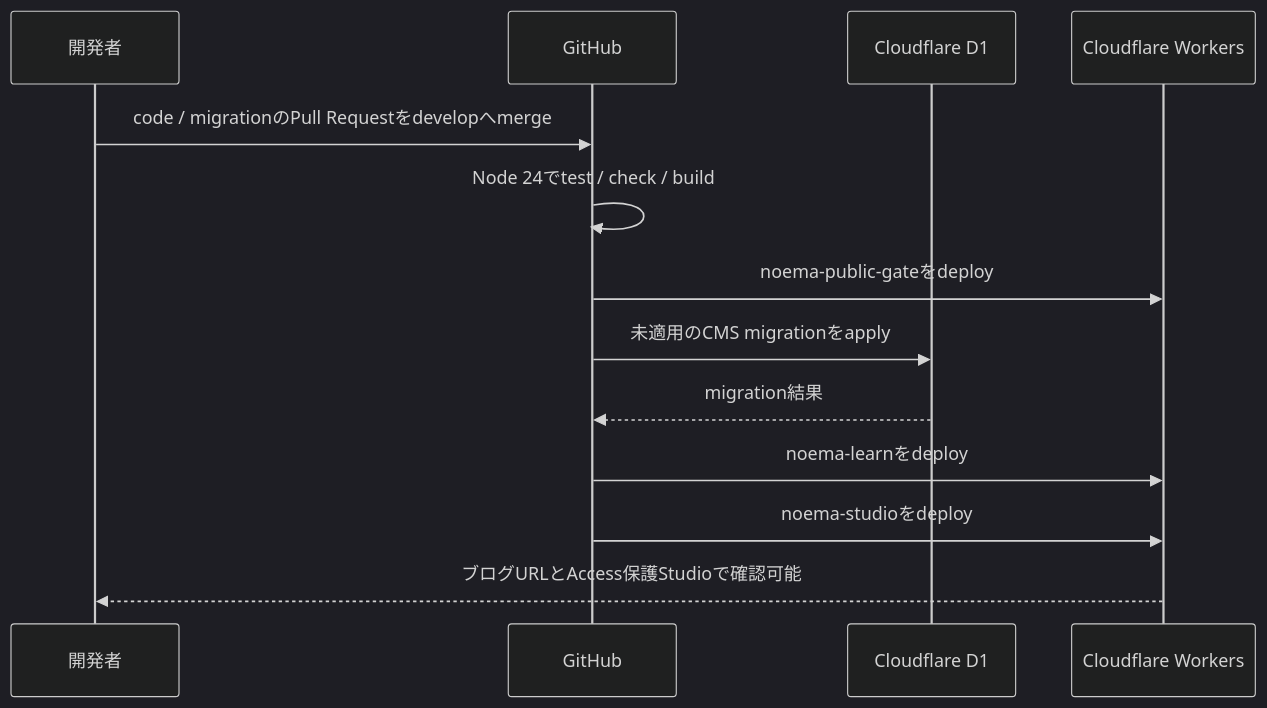
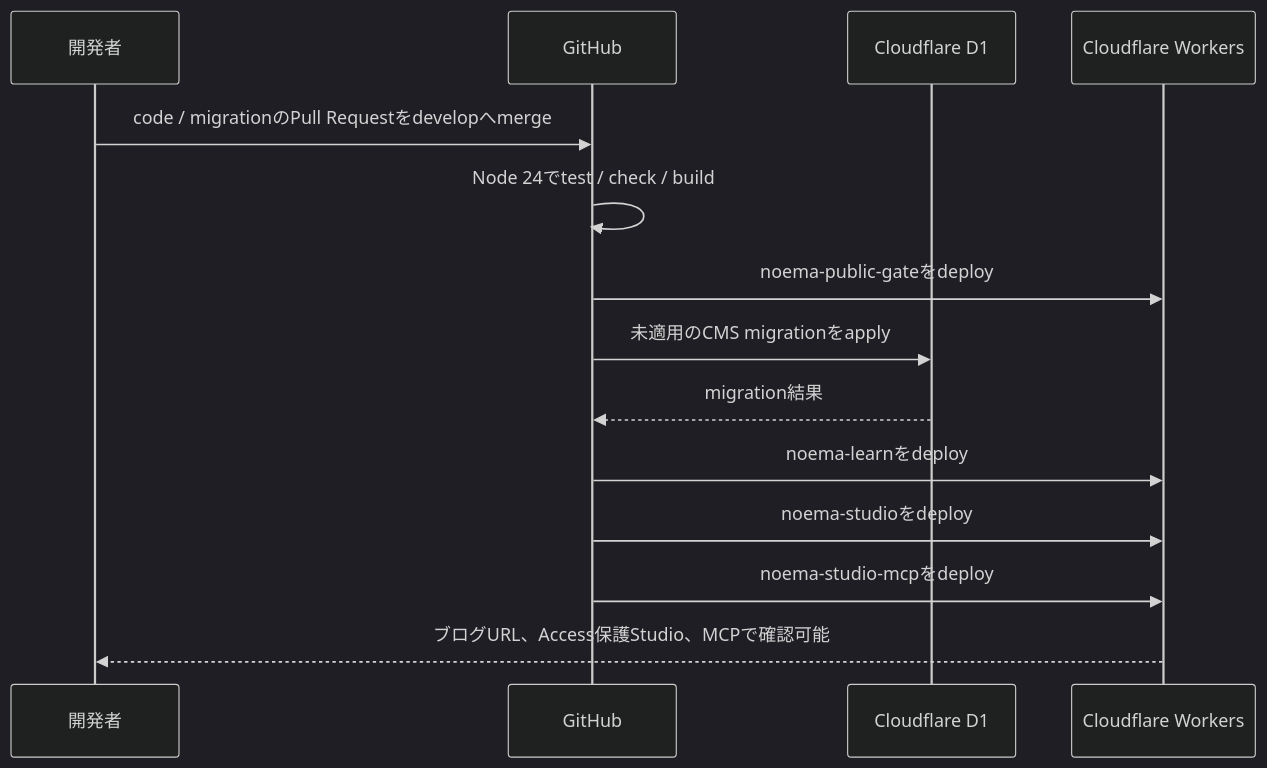
One commit to mani1261790/Noema changed the diagram in docs/development-deployment.md. Above: the diagram before and after it, drawn with Mermaid (dark theme). The commit also changed other lines of this file and 21 other files, not shown here.

````diff
--- a/docs/development-deployment.md
+++ b/docs/development-deployment.md
@@ -36,15 +37,16 @@
 ```mermaid
 sequenceDiagram
   participant Dev as 開発者
   participant GH as GitHub
   participant D1 as Cloudflare D1
   participant CF as Cloudflare Workers
   Dev->>GH: code / migrationのPull Requestをdevelopへmerge
   GH->>GH: Node 24でtest / check / build
   GH->>CF: noema-public-gateをdeploy
   GH->>D1: 未適用のCMS migrationをapply
   D1-->>GH: migration結果
   GH->>CF: noema-learnをdeploy
   GH->>CF: noema-studioをdeploy
-  CF-->>Dev: ブログURLとAccess保護Studioで確認可能
+  GH->>CF: noema-studio-mcpをdeploy
+  CF-->>Dev: ブログURL、Access保護Studio、MCPで確認可能
 ```
````
